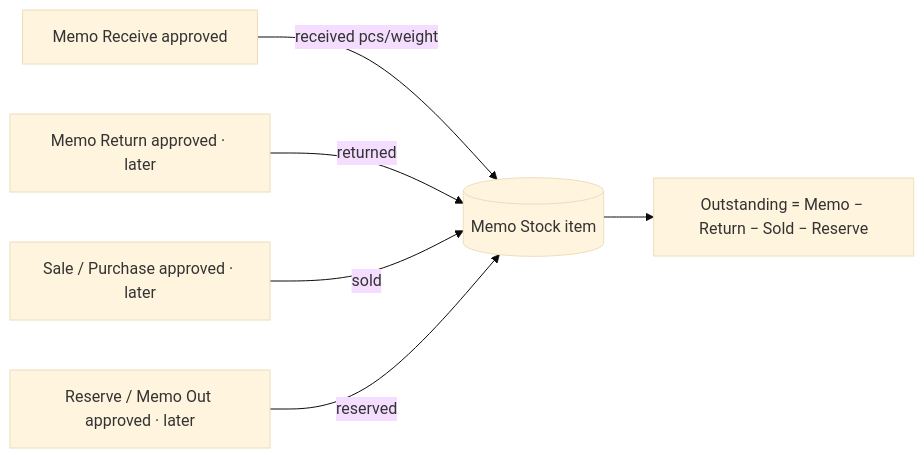
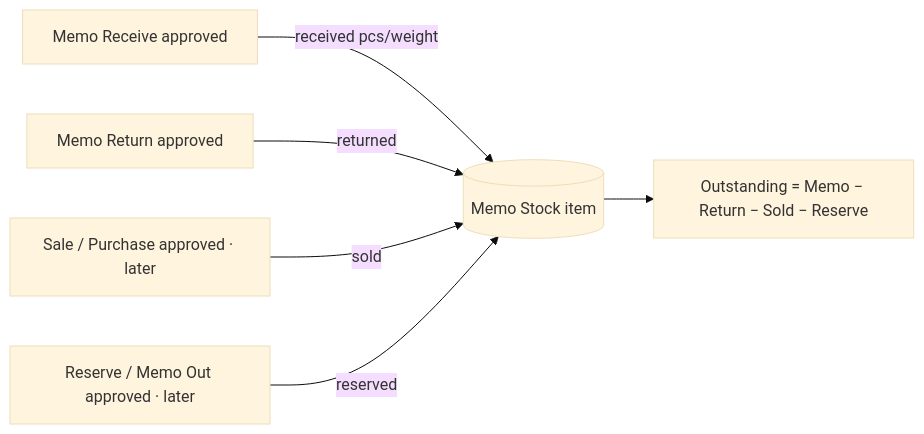
The second of 2 diagrams in document/diagram/memo-outstanding-vendor-flow.md (jeweal-pm/gms-system-monorepo), drawn with Mermaid (base theme) before and after one commit. The commit also changed other lines of this file and 6 other files, not shown here.

First line of the commit message:
docs: memo return diagrams and contract as built

````diff
--- a/document/diagram/memo-outstanding-vendor-flow.md
+++ b/document/diagram/memo-outstanding-vendor-flow.md
@@ -22,8 +22,8 @@
 ```mermaid
 flowchart LR
   MR[Memo Receive approved] -->|received pcs/weight| M[(Memo Stock item)]
-  RET[Memo Return approved · later] -->|returned| M
+  RET[Memo Return approved] -->|returned| M
   SALE[Sale / Purchase approved · later] -->|sold| M
   RES[Reserve / Memo Out approved · later] -->|reserved| M
   M --> O[Outstanding = Memo − Return − Sold − Reserve]
 ```
````
